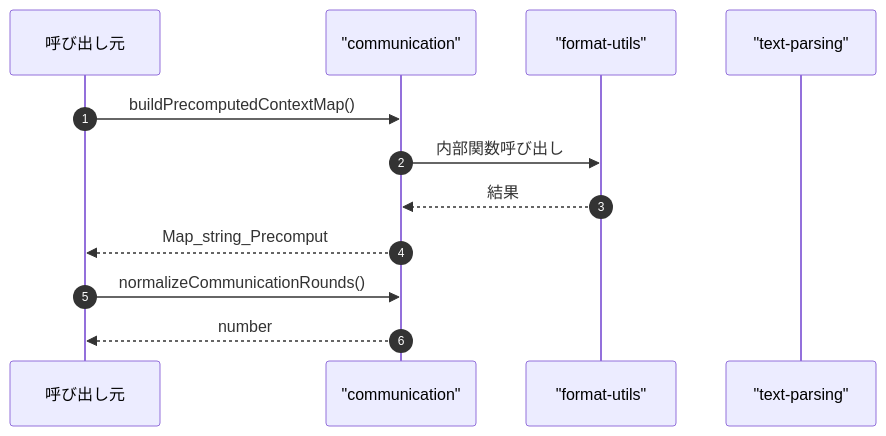
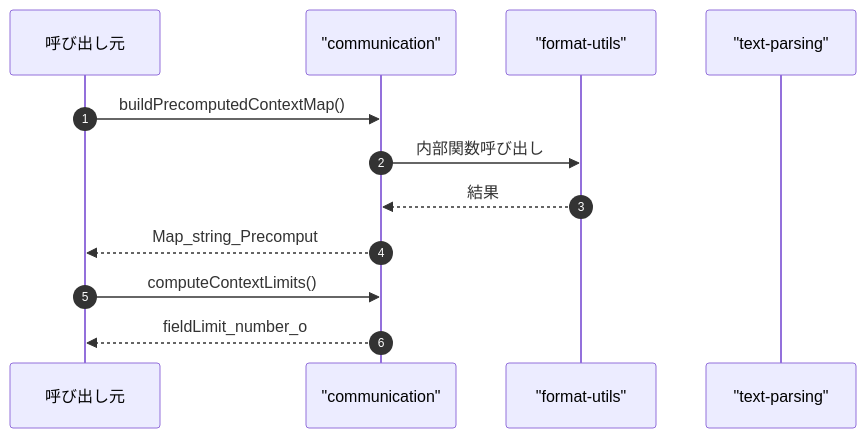
One commit to Mekann2904/mekann changed the fourth of 4 diagrams in ABDD/.pi/extensions/agent-teams/communication.md. Above: the diagram before and after it, drawn with Mermaid. The commit also changed other lines of this file and 257 other files, not shown here.

````diff
--- a/ABDD/.pi/extensions/agent-teams/communication.md
+++ b/ABDD/.pi/extensions/agent-teams/communication.md
@@ -148,16 +150,16 @@
 ```mermaid
 sequenceDiagram
   autonumber
   participant Caller as 呼び出し元
   participant communication as "communication"
   participant format_utils as "format-utils"
   participant text_parsing as "text-parsing"
 
   Caller->>communication: buildPrecomputedContextMap()
   communication->>format_utils: 内部関数呼び出し
   format_utils-->>communication: 結果
   communication-->>Caller: Map_string_Precomput
 
-  Caller->>communication: normalizeCommunicationRounds()
-  communication-->>Caller: number
+  Caller->>communication: computeContextLimits()
+  communication-->>Caller: fieldLimit_number_o
 ```
````
